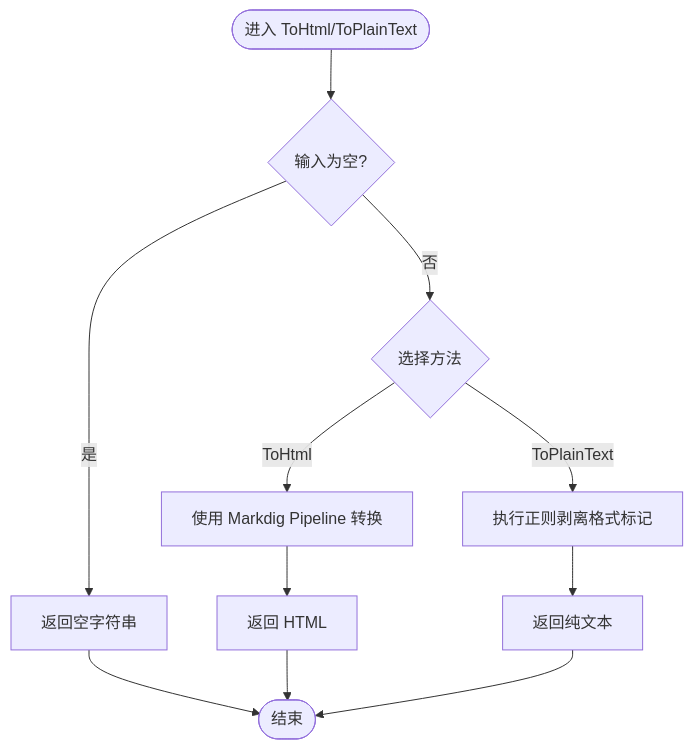
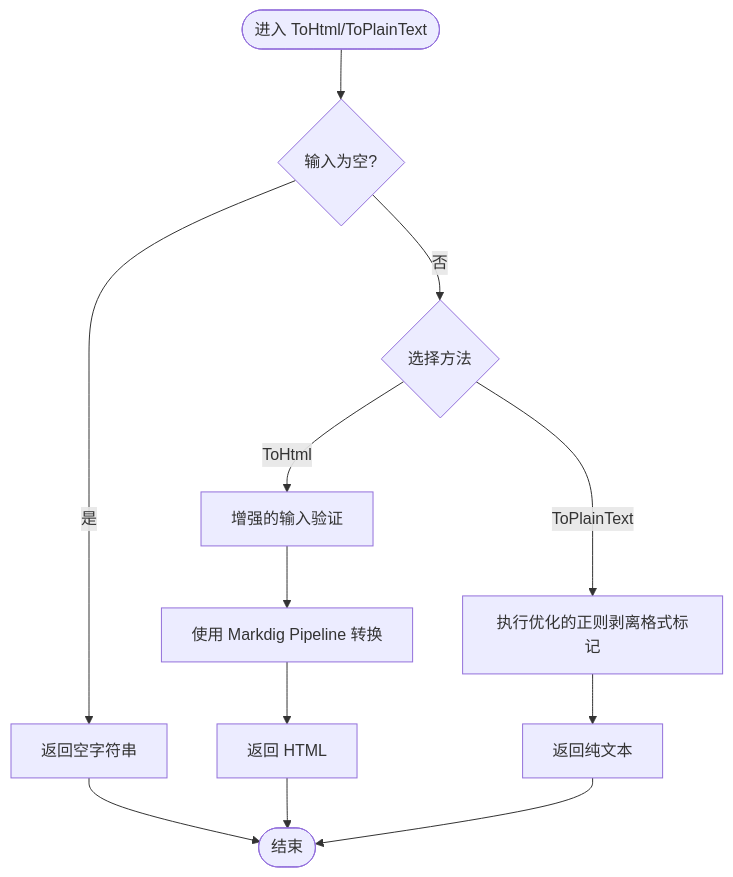
Before and after one commit to AgenticDesktop/App: the third of 5 diagrams in .qoder/repowiki/zh/content/服务层设计/Markdown 渲染器.md, drawn with Mermaid. The commit also changed other lines of this file and 108 other files, not shown here.

````diff
--- a/.qoder/repowiki/zh/content/服务层设计/Markdown 渲染器.md
+++ b/.qoder/repowiki/zh/content/服务层设计/Markdown 渲染器.md
@@ -131,13 +161,14 @@
 ```mermaid
 flowchart TD
 Start(["进入 ToHtml/ToPlainText"]) --> CheckEmpty{"输入为空?"}
 CheckEmpty --> |是| ReturnEmpty["返回空字符串"]
 CheckEmpty --> |否| ChooseMethod{"选择方法"}
-ChooseMethod --> |ToHtml| UsePipeline["使用 Markdig Pipeline 转换"]
-ChooseMethod --> |ToPlainText| StripRegex["执行正则剥离格式标记"]
+ChooseMethod --> |ToHtml| ValidateInput["增强的输入验证"]
+ValidateInput --> UsePipeline["使用 Markdig Pipeline 转换"]
+ChooseMethod --> |ToPlainText| StripRegex["执行优化的正则剥离格式标记"]
 UsePipeline --> OutputHtml["返回 HTML"]
 StripRegex --> OutputPlain["返回纯文本"]
 ReturnEmpty --> End(["结束"])
 OutputHtml --> End
 OutputPlain --> End
 ```
````
